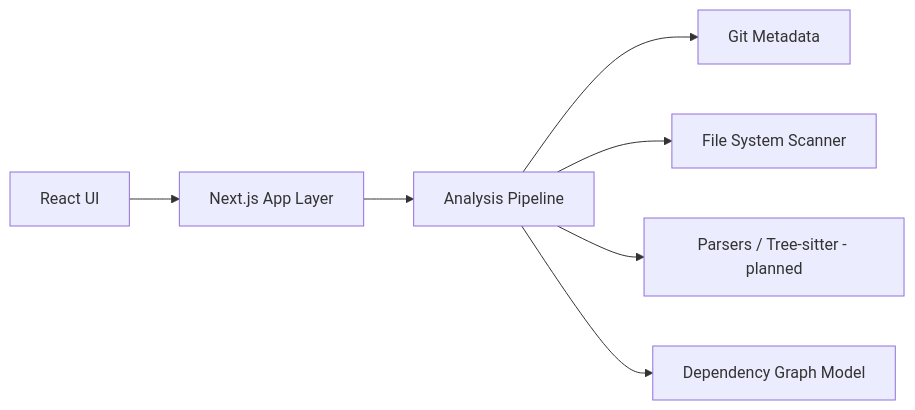
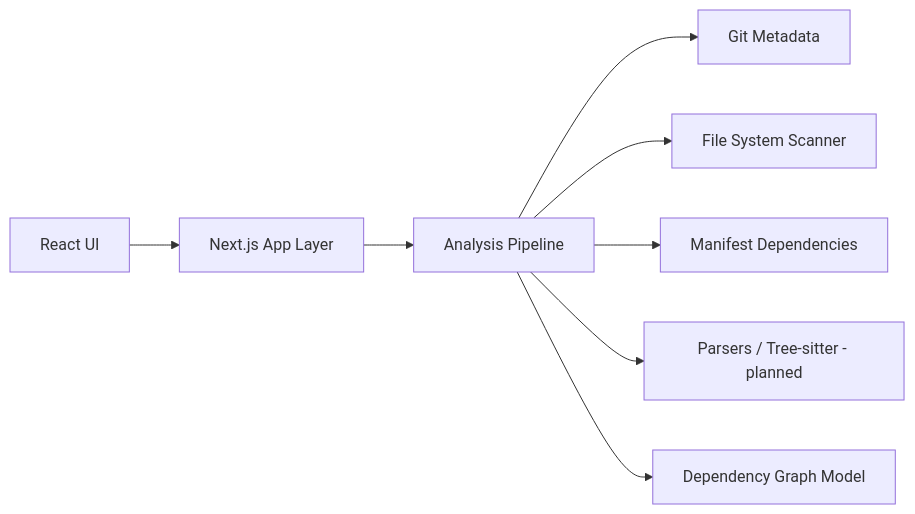
One commit to justsomerandom/cartographer changed the diagram in README.md. Above: the diagram before and after it, drawn with Mermaid. The commit also changed other lines of this file and 12 other files, not shown here.

````diff
--- a/README.md
+++ b/README.md
@@ -74,9 +99,10 @@
 ```mermaid
 flowchart LR
     UI[React UI] --> App[Next.js App Layer]
     App --> Analysis[Analysis Pipeline]
     Analysis --> Git[Git Metadata]
     Analysis --> Files[File System Scanner]
+    Analysis --> Deps[Manifest Dependencies]
     Analysis --> Parsers[Parsers / Tree-sitter - planned]
     Analysis --> Graphs[Dependency Graph Model]
 ```
````
